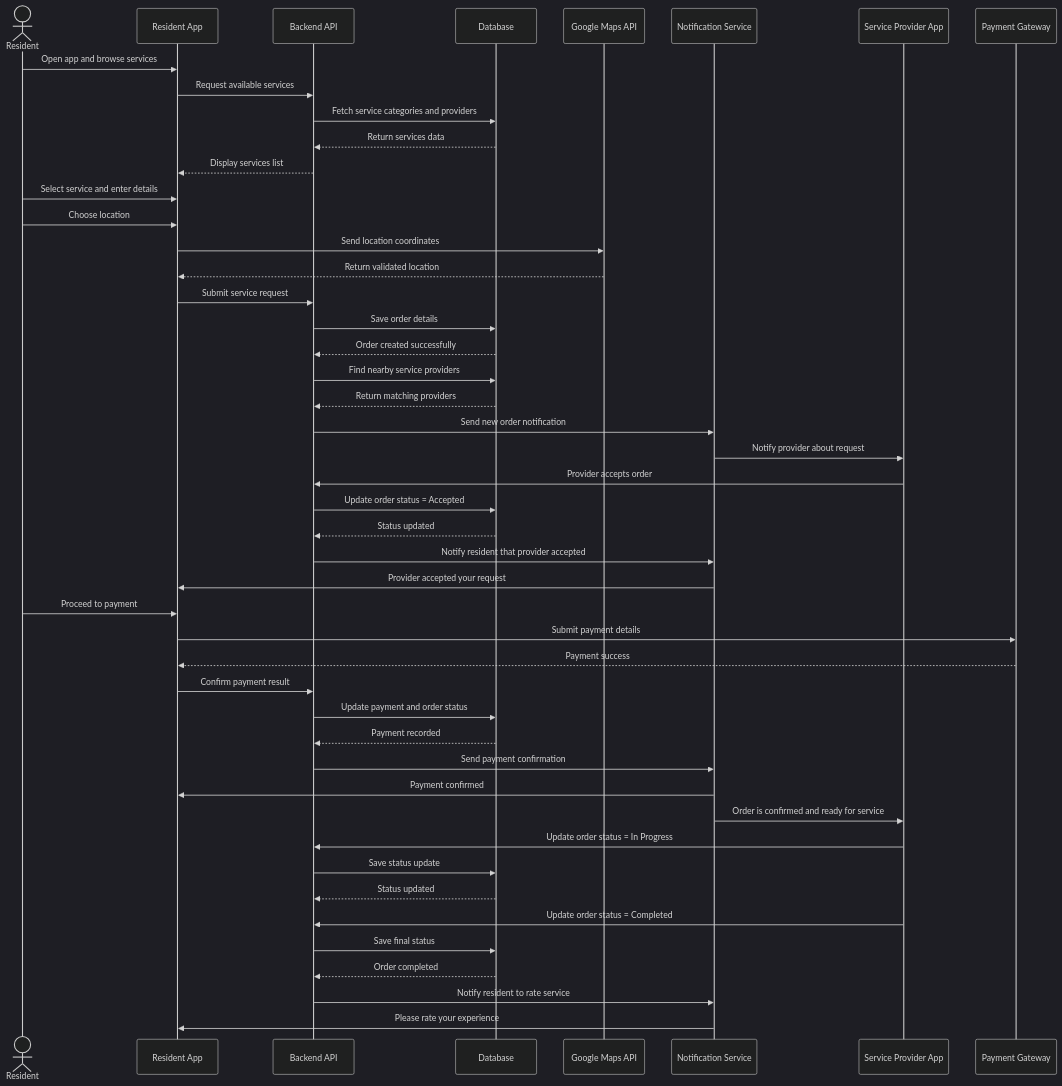
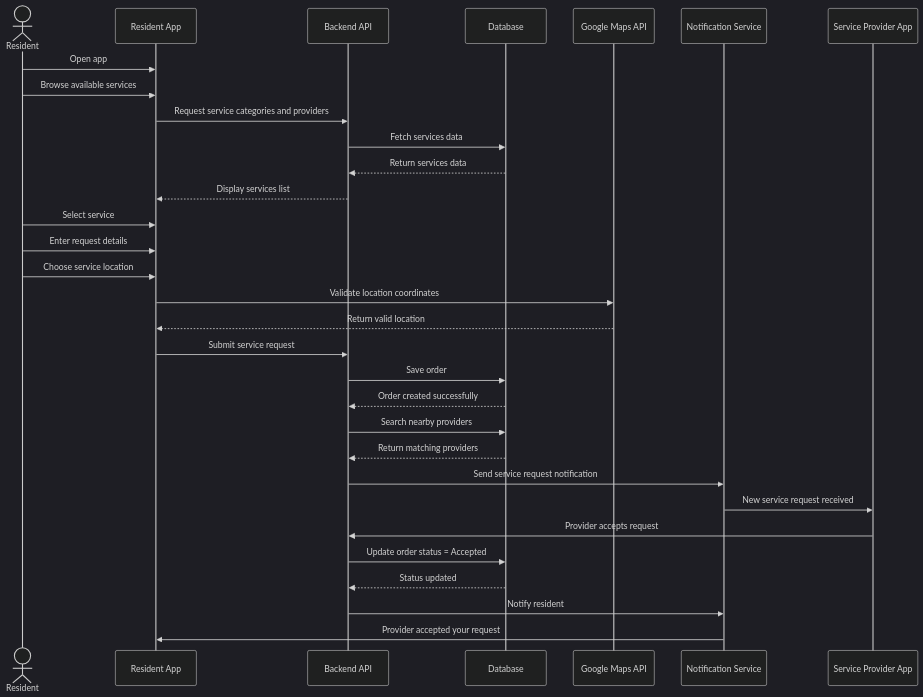
The first of 3 diagrams in Technical_Documentation/task_3 Sequence Diagram.md (ali-212322/Hayyek-Project), drawn with Mermaid (dark theme) before and after one commit. The commit also changed other lines of this file, not shown here.

First line of the commit message:
Add sequence diagram

````diff
--- a/Technical_Documentation/task_3 Sequence Diagram.md
+++ b/Technical_Documentation/task_3 Sequence Diagram.md
@@ -34,61 +27,40 @@
 ```mermaid
 sequenceDiagram
     actor Resident
     participant RA as Resident App
     participant API as Backend API
     participant DB as Database
     participant MAP as Google Maps API
     participant NOTI as Notification Service
     participant SPA as Service Provider App
-    participant PAY as Payment Gateway
 
-    Resident->>RA: Open app and browse services
-    RA->>API: Request available services
-    API->>DB: Fetch service categories and providers
+    Resident->>RA: Open app
+    Resident->>RA: Browse available services
+    RA->>API: Request service categories and providers
+    API->>DB: Fetch services data
     DB-->>API: Return services data
     API-->>RA: Display services list
 
-    Resident->>RA: Select service and enter details
-    Resident->>RA: Choose location
-    RA->>MAP: Send location coordinates
-    MAP-->>RA: Return validated location
+    Resident->>RA: Select service
+    Resident->>RA: Enter request details
+    Resident->>RA: Choose service location
+    RA->>MAP: Validate location coordinates
+    MAP-->>RA: Return valid location
 
     RA->>API: Submit service request
-    API->>DB: Save order details
+    API->>DB: Save order
     DB-->>API: Order created successfully
 
-    API->>DB: Find nearby service providers
+    API->>DB: Search nearby providers
     DB-->>API: Return matching providers
 
-    API->>NOTI: Send new order notification
-    NOTI->>SPA: Notify provider about request
+    API->>NOTI: Send service request notification
+    NOTI->>SPA: New service request received
 
-    SPA->>API: Provider accepts order
+    SPA->>API: Provider accepts request
     API->>DB: Update order status = Accepted
     DB-->>API: Status updated
 
-    API->>NOTI: Notify resident that provider accepted
+    API->>NOTI: Notify resident
     NOTI->>RA: Provider accepted your request
-
-    Resident->>RA: Proceed to payment
-    RA->>PAY: Submit payment details
-    PAY-->>RA: Payment success
-    RA->>API: Confirm payment result
-    API->>DB: Update payment and order status
-    DB-->>API: Payment recorded
-
-    API->>NOTI: Send payment confirmation
-    NOTI->>RA: Payment confirmed
-    NOTI->>SPA: Order is confirmed and ready for service
-
-    SPA->>API: Update order status = In Progress
-    API->>DB: Save status update
-    DB-->>API: Status updated
-
-    SPA->>API: Update order status = Completed
-    API->>DB: Save final status
-    DB-->>API: Order completed
-
-    API->>NOTI: Notify resident to rate service
-    NOTI->>RA: Please rate your experience
 ```
````
